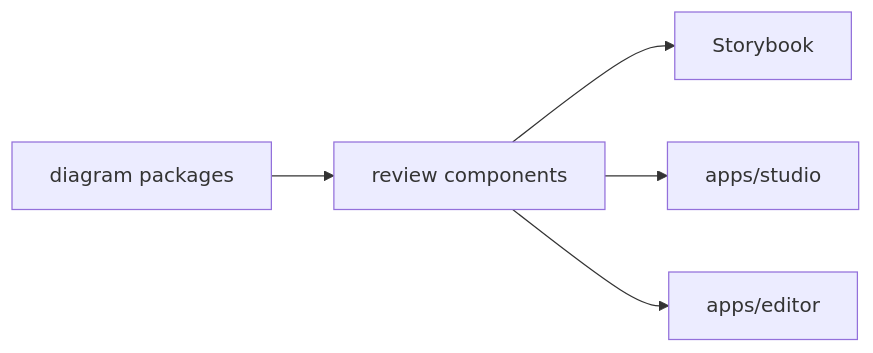
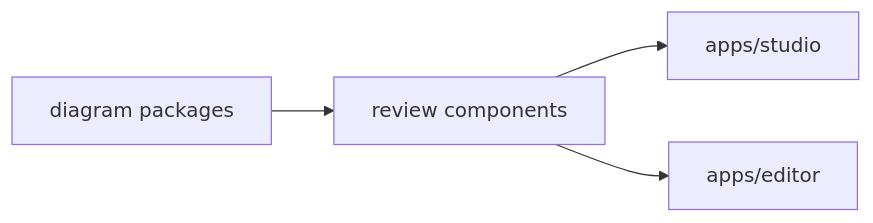
The diagram in packages/editor-surface/README.md (shpitdev/sketchi), drawn with Mermaid before and after one commit. The commit also changed other lines of this file and 80 other files, not shown here.

Commit message:
chore: keep only the local diagram Storybook gallery

````diff
--- a/packages/editor-surface/README.md
+++ b/packages/editor-surface/README.md
@@ -5,7 +5,6 @@
 ```mermaid
 flowchart LR
   Packages["diagram packages"] --> Components["review components"]
-  Components --> Storybook["Storybook"]
   Components --> Studio["apps/studio"]
   Components --> Editor["apps/editor"]
 ```
````
